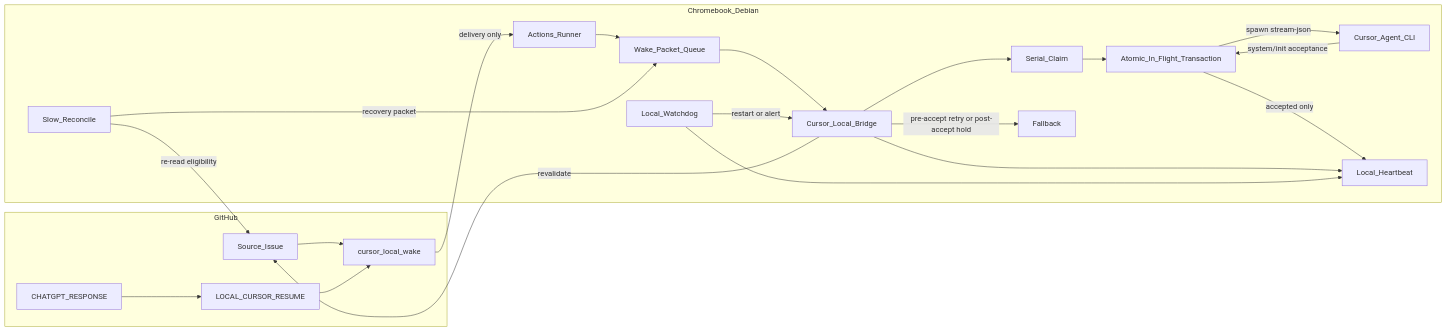
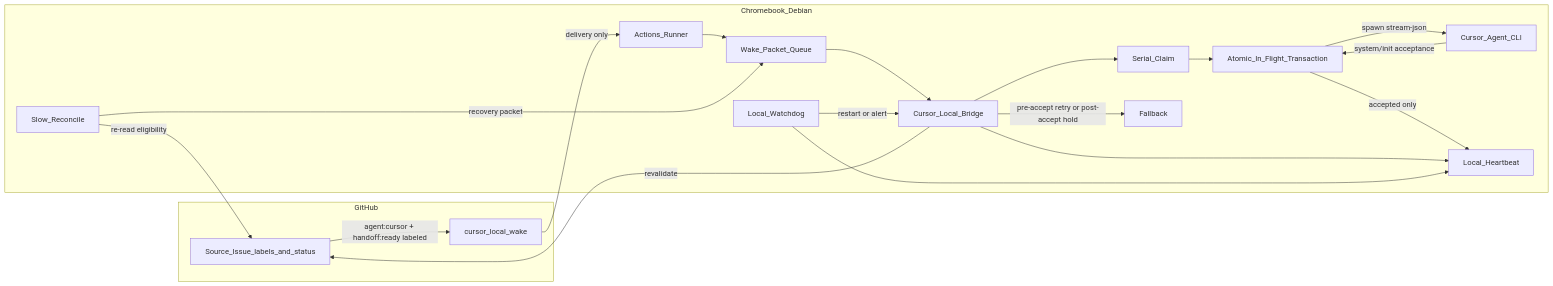
The diagram in docs/explanation/operations/cursor-local-auto-start-architecture.md (wdhunter645/next-starter-template), drawn with Mermaid before and after one commit. The commit also changed other lines of this file and 18 other files, not shown here.

First line of the commit message:
fix(#3013): drive Cursor Bridge handoff from labels/status only, not comment text

````diff
--- a/docs/explanation/operations/cursor-local-auto-start-architecture.md
+++ b/docs/explanation/operations/cursor-local-auto-start-architecture.md
@@ -66,41 +68,37 @@
 ```mermaid
 flowchart LR
   subgraph github [GitHub]
-    Issue[Source_Issue]
-    Response[CHATGPT_RESPONSE]
-    Resume[LOCAL_CURSOR_RESUME]
+    Issue[Source_Issue_labels_and_status]
     WF[cursor_local_wake]
   end
 
   subgraph chromebook [Chromebook_Debian]
     Runner[Actions_Runner]
     Queue[Wake_Packet_Queue]
     Bridge[Cursor_Local_Bridge]
     Claim[Serial_Claim]
     Tx[Atomic_In_Flight_Transaction]
     CLI[Cursor_Agent_CLI]
     Heartbeat[Local_Heartbeat]
     Watchdog[Local_Watchdog]
     Reconcile[Slow_Reconcile]
     Notify[Fallback]
   end
 
-  Response --> Resume
-  Issue --> WF
-  Resume --> WF
+  Issue -->|agent:cursor + handoff:ready labeled| WF
   WF -->|delivery only| Runner
   Runner --> Queue
   Reconcile -->|recovery packet| Queue
   Reconcile -->|re-read eligibility| Issue
   Queue --> Bridge
   Bridge -->|revalidate| Issue
   Bridge --> Claim
   Claim --> Tx
   Tx -->|spawn stream-json| CLI
   CLI -->|system/init acceptance| Tx
   Tx -->|accepted only| Heartbeat
   Bridge --> Heartbeat
   Watchdog --> Heartbeat
   Watchdog -->|restart or alert| Bridge
   Bridge -->|pre-accept retry or post-accept hold| Notify
 ```
````
